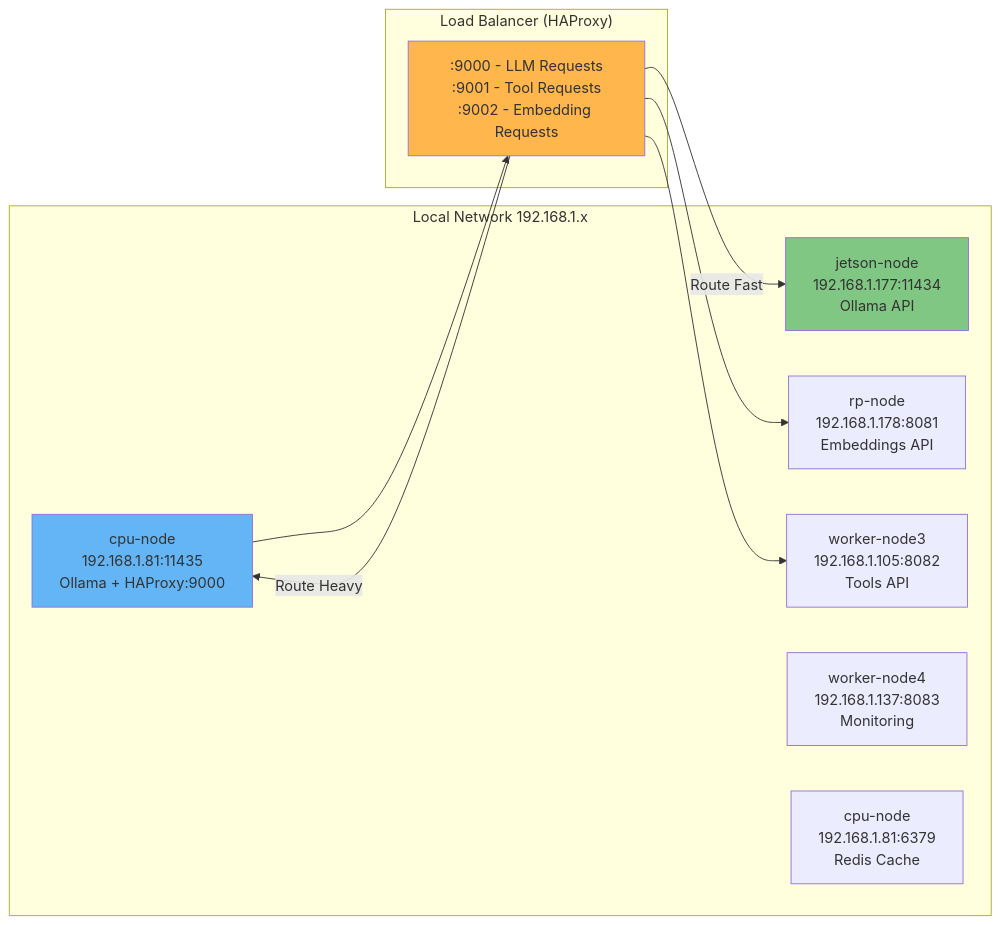
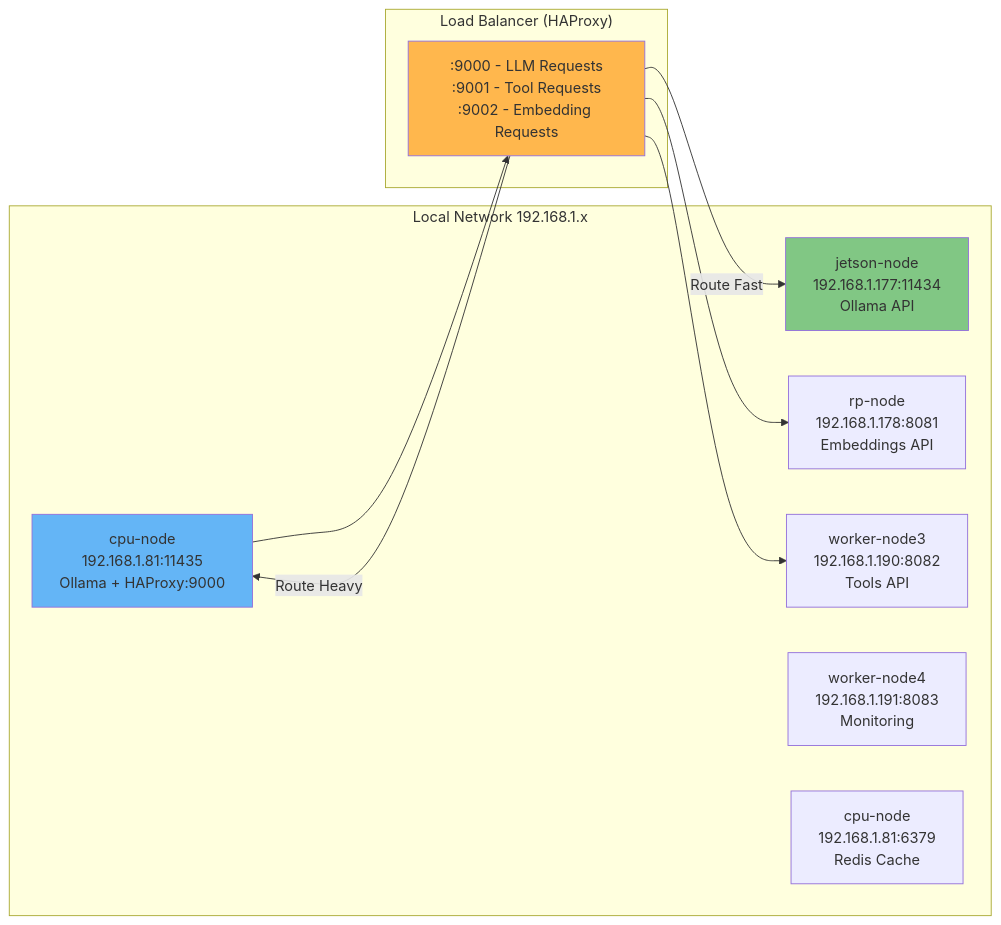
One commit to pavelkushtia/LangGraph changed the second of 6 diagrams in docs/architecture_diagrams.md. Above: the diagram before and after it, drawn with Mermaid. The commit also changed other lines of this file and 10 other files, not shown here.

````diff
--- a/docs/architecture_diagrams.md
+++ b/docs/architecture_diagrams.md
@@ -49,25 +49,25 @@
 ```mermaid
 graph LR
     subgraph "Local Network 192.168.1.x"
         J["jetson-node<br/>192.168.1.177:11434<br/>Ollama API"]
         C1["cpu-node<br/>192.168.1.81:11435<br/>Ollama + HAProxy:9000"]
         C2["rp-node<br/>192.168.1.178:8081<br/>Embeddings API"]
-        C3["worker-node3<br/>192.168.1.105:8082<br/>Tools API"]
-        C4["worker-node4<br/>192.168.1.137:8083<br/>Monitoring"]
+        C3["worker-node3<br/>192.168.1.190:8082<br/>Tools API"]
+        C4["worker-node4<br/>192.168.1.191:8083<br/>Monitoring"]
         C5["cpu-node<br/>192.168.1.81:6379<br/>Redis Cache"]
     end
     
     subgraph "Load Balancer (HAProxy)"
         LB[":9000 - LLM Requests<br/>:9001 - Tool Requests<br/>:9002 - Embedding Requests"]
     end
     
     C1 --> LB
     LB -->|Route Fast| J
     LB -->|Route Heavy| C1
     LB --> C2
     LB --> C3
     
     style J fill:#81c784
     style C1 fill:#64b5f6
     style LB fill:#ffb74d
 ```
````
